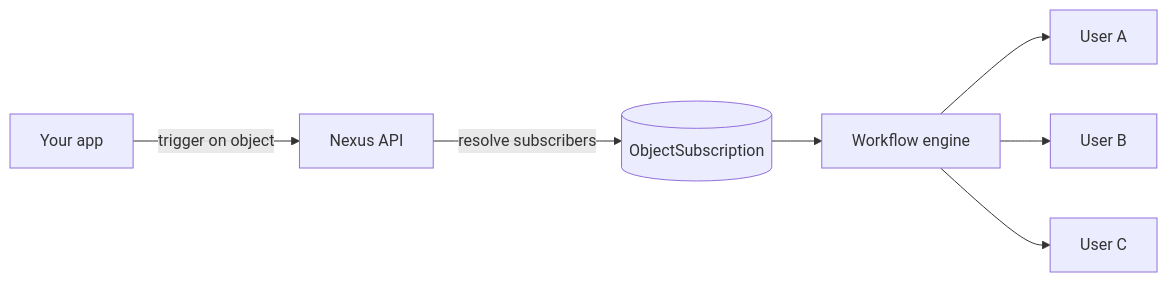
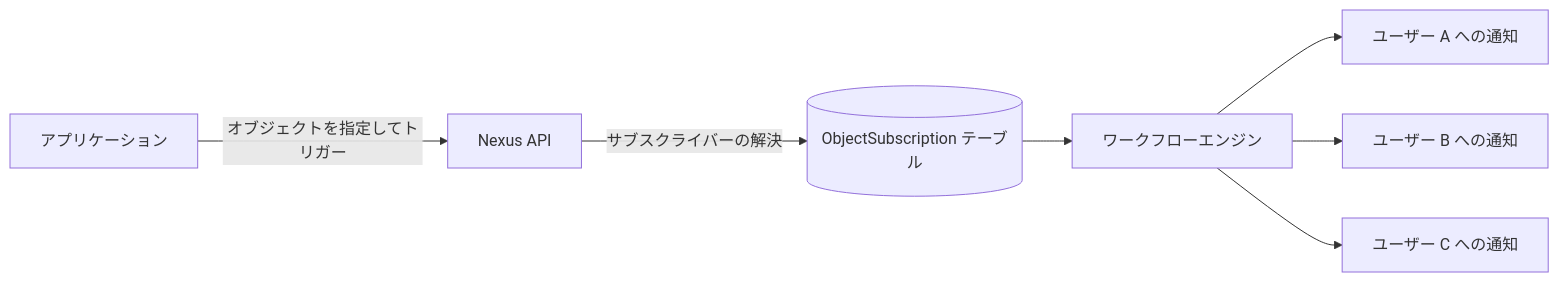
The diagram in content/docs/ja/platform/features/objects-subscriptions.mdx (KriyanshKhunt/nexus_docs), drawn with Mermaid before and after one commit. The commit also changed other lines of this file and 27 other files, not shown here.

````diff
--- a/content/docs/ja/platform/features/objects-subscriptions.mdx
+++ b/content/docs/ja/platform/features/objects-subscriptions.mdx
@@ -12,9 +20,9 @@
 ```mermaid
 flowchart LR
-  App[Your app] -->|trigger on object| Nexus[Nexus API]
-  Nexus -->|resolve subscribers| DB[(ObjectSubscription)]
-  DB --> W[Workflow engine]
-  W --> U1[User A]
-  W --> U2[User B]
-  W --> U3[User C]
+  App[アプリケーション] -->|オブジェクトを指定してトリガー| Nexus[Nexus API]
+  Nexus -->|サブスクライバーの解決| DB[(ObjectSubscription テーブル)]
+  DB --> W[ワークフローエンジン]
+  W --> U1[ユーザー A への通知]
+  W --> U2[ユーザー B への通知]
+  W --> U3[ユーザー C への通知]
 ```
````
